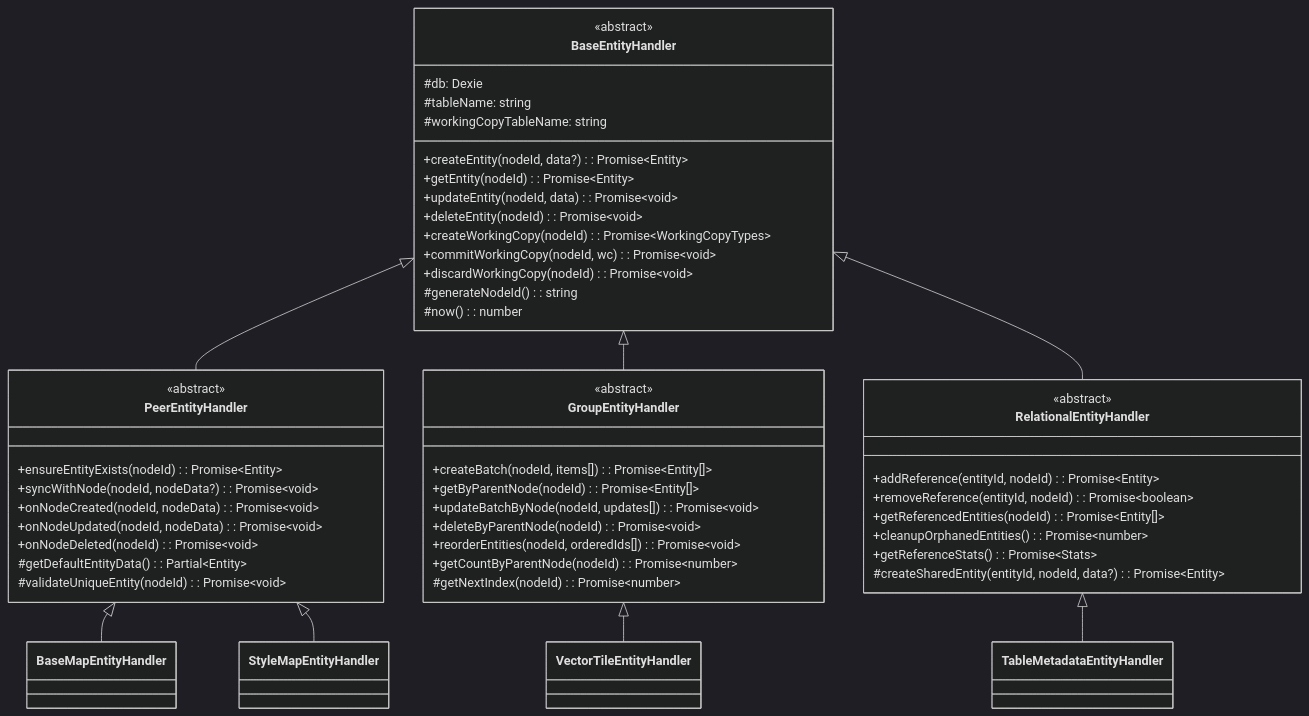
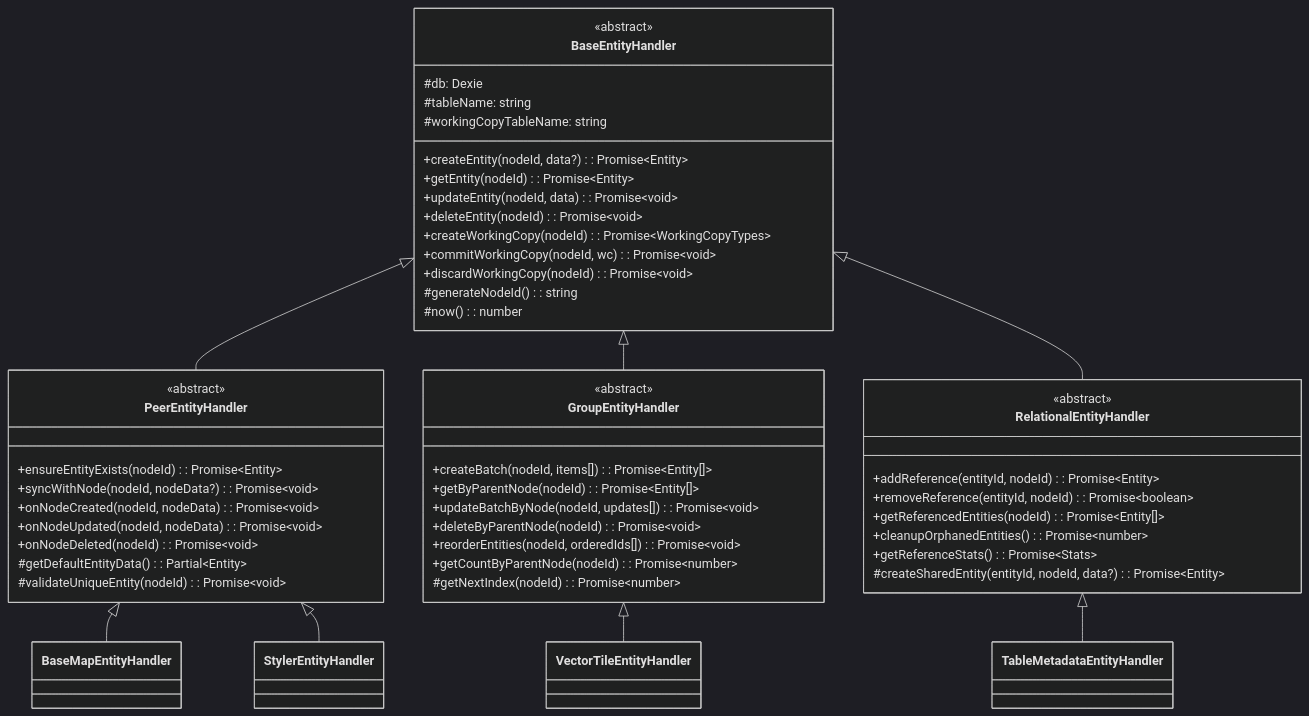
One commit to kubohiroya/hierarchidb changed the diagram in docs/deprecated/MANUAL/04-plugin-entity-system.md. Above: the diagram before and after it, drawn with Mermaid (dark theme). The commit also changed other lines of this file and 267 other files, not shown here.

````diff
--- a/docs/deprecated/MANUAL/04-plugin-entity-system.md
+++ b/docs/deprecated/MANUAL/04-plugin-entity-system.md
@@ -176,59 +176,59 @@
 ```mermaid
 classDiagram
     class BaseEntityHandler {
         <<abstract>>
         #db: Dexie
         #tableName: string
         #workingCopyTableName: string
         +createEntity(nodeId, data?): Promise~Entity~
         +getEntity(nodeId): Promise~Entity~
         +updateEntity(nodeId, data): Promise~void~
         +deleteEntity(nodeId): Promise~void~
         +createWorkingCopy(nodeId): Promise~WorkingCopyTypes~
         +commitWorkingCopy(nodeId, wc): Promise~void~
         +discardWorkingCopy(nodeId): Promise~void~
         #generateNodeId(): string
         #now(): number
     }
 
     class PeerEntityHandler {
         <<abstract>>
         +ensureEntityExists(nodeId): Promise~Entity~
         +syncWithNode(nodeId, nodeData?): Promise~void~
         +onNodeCreated(nodeId, nodeData): Promise~void~
         +onNodeUpdated(nodeId, nodeData): Promise~void~
         +onNodeDeleted(nodeId): Promise~void~
         #getDefaultEntityData(): Partial~Entity~
         #validateUniqueEntity(nodeId): Promise~void~
     }
 
     class GroupEntityHandler {
         <<abstract>>
         +createBatch(nodeId, items[]): Promise~Entity[]~
         +getByParentNode(nodeId): Promise~Entity[]~
         +updateBatchByNode(nodeId, updates[]): Promise~void~
         +deleteByParentNode(nodeId): Promise~void~
         +reorderEntities(nodeId, orderedIds[]): Promise~void~
         +getCountByParentNode(nodeId): Promise~number~
         #getNextIndex(nodeId): Promise~number~
     }
 
     class RelationalEntityHandler {
         <<abstract>>
         +addReference(entityId, nodeId): Promise~Entity~
         +removeReference(entityId, nodeId): Promise~boolean~
         +getReferencedEntities(nodeId): Promise~Entity[]~
         +cleanupOrphanedEntities(): Promise~number~
         +getReferenceStats(): Promise~Stats~
         #createSharedEntity(entityId, nodeId, data?): Promise~Entity~
     }
 
     BaseEntityHandler <|-- PeerEntityHandler
     BaseEntityHandler <|-- GroupEntityHandler
     BaseEntityHandler <|-- RelationalEntityHandler
     
     PeerEntityHandler <|-- BaseMapEntityHandler
-    PeerEntityHandler <|-- StyleMapEntityHandler
+    PeerEntityHandler <|-- StylerEntityHandler
     GroupEntityHandler <|-- VectorTileEntityHandler
     RelationalEntityHandler <|-- TableMetadataEntityHandler
 ```
````
